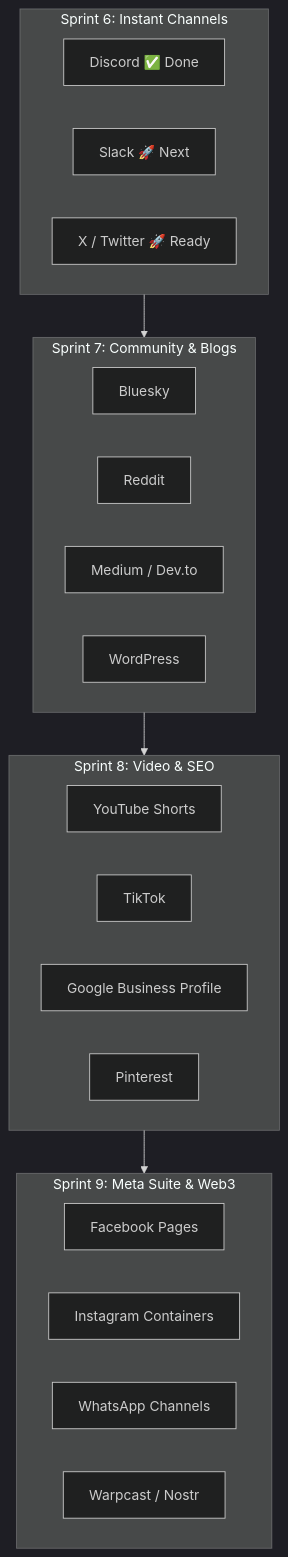
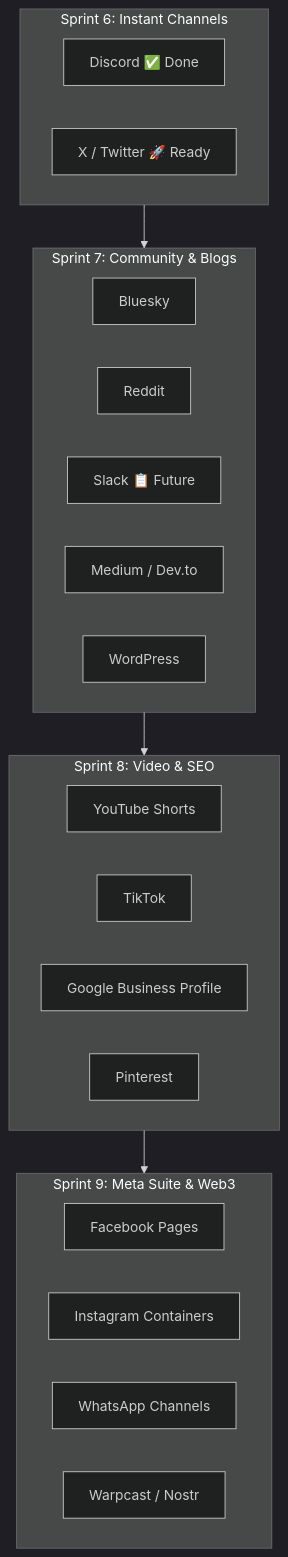
The diagram in docs/integrations/PLATFORMS_ROADMAP.md (scriora/scriora), drawn with Mermaid (dark theme) before and after one commit. The commit also changed other lines of this file and 2 other files, not shown here.

Commit message:
docs(platforms): document Slack alongside Reddit in future roadmap

````diff
--- a/docs/integrations/PLATFORMS_ROADMAP.md
+++ b/docs/integrations/PLATFORMS_ROADMAP.md
@@ -134,33 +134,33 @@
 ```mermaid
 flowchart TD
     S6[Sprint 6: Zero-Friction Tier] --> S7[Sprint 7: Self-Serve & Tech Blogs]
     S7 --> S8[Sprint 8: Quotas, Media & Local SEO]
     S8 --> S9[Sprint 9: Enterprise Review & Meta]
 
     subgraph S6 [Sprint 6: Instant Channels]
         D[Discord ✅ Done]
-        SK[Slack 🚀 Next]
         X[X / Twitter 🚀 Ready]
     end
 
     subgraph S7 [Sprint 7: Community & Blogs]
         BS[Bluesky]
         RD[Reddit]
+        SK[Slack 📋 Future]
         MD[Medium / Dev.to]
         WP[WordPress]
     end
 
     subgraph S8 [Sprint 8: Video & SEO]
         YT[YouTube Shorts]
         TK[TikTok]
         GMB[Google Business Profile]
         PT[Pinterest]
     end
 
     subgraph S9 [Sprint 9: Meta Suite & Web3]
         FB[Facebook Pages]
         IG[Instagram Containers]
         WA[WhatsApp Channels]
         W3[Warpcast / Nostr]
     end
 ```
````
